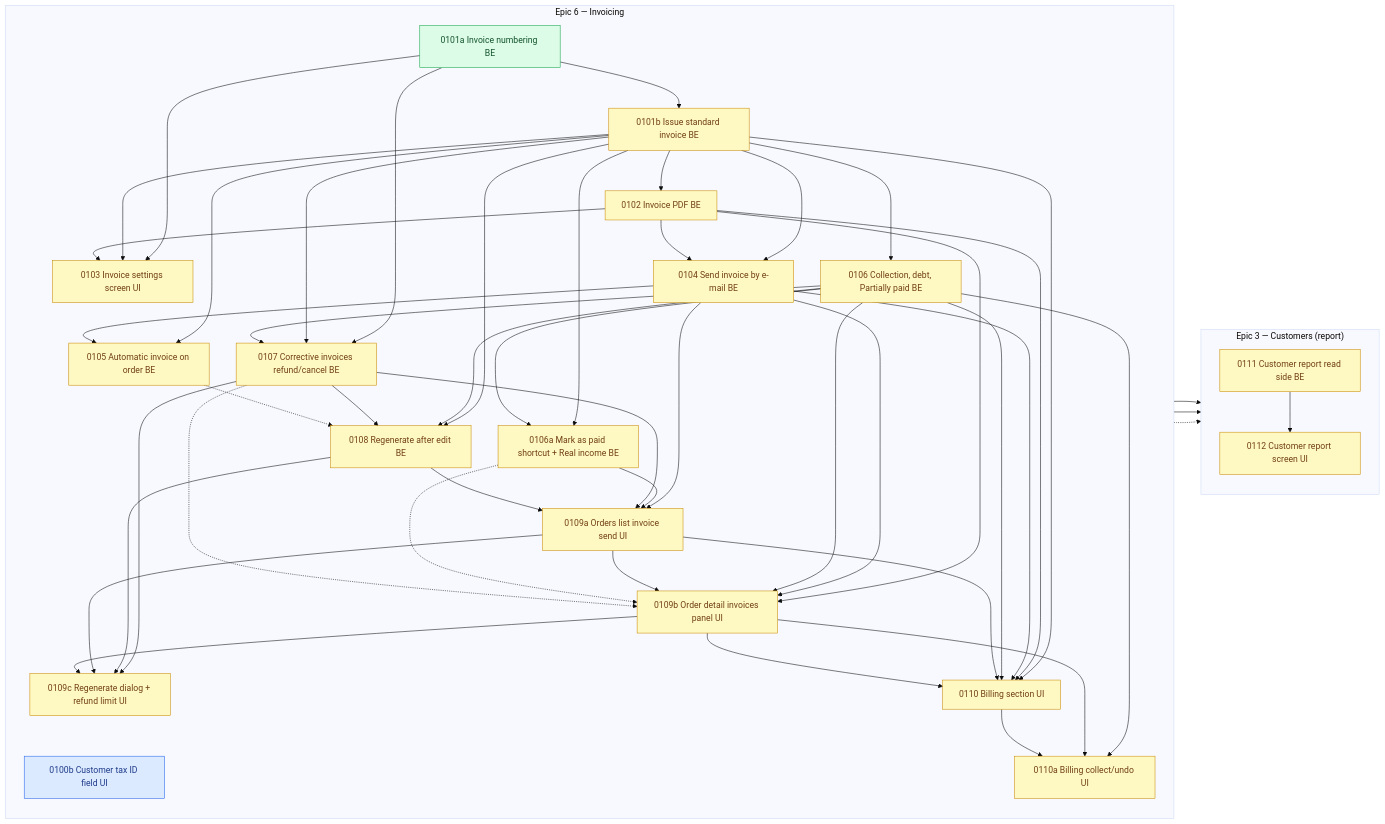
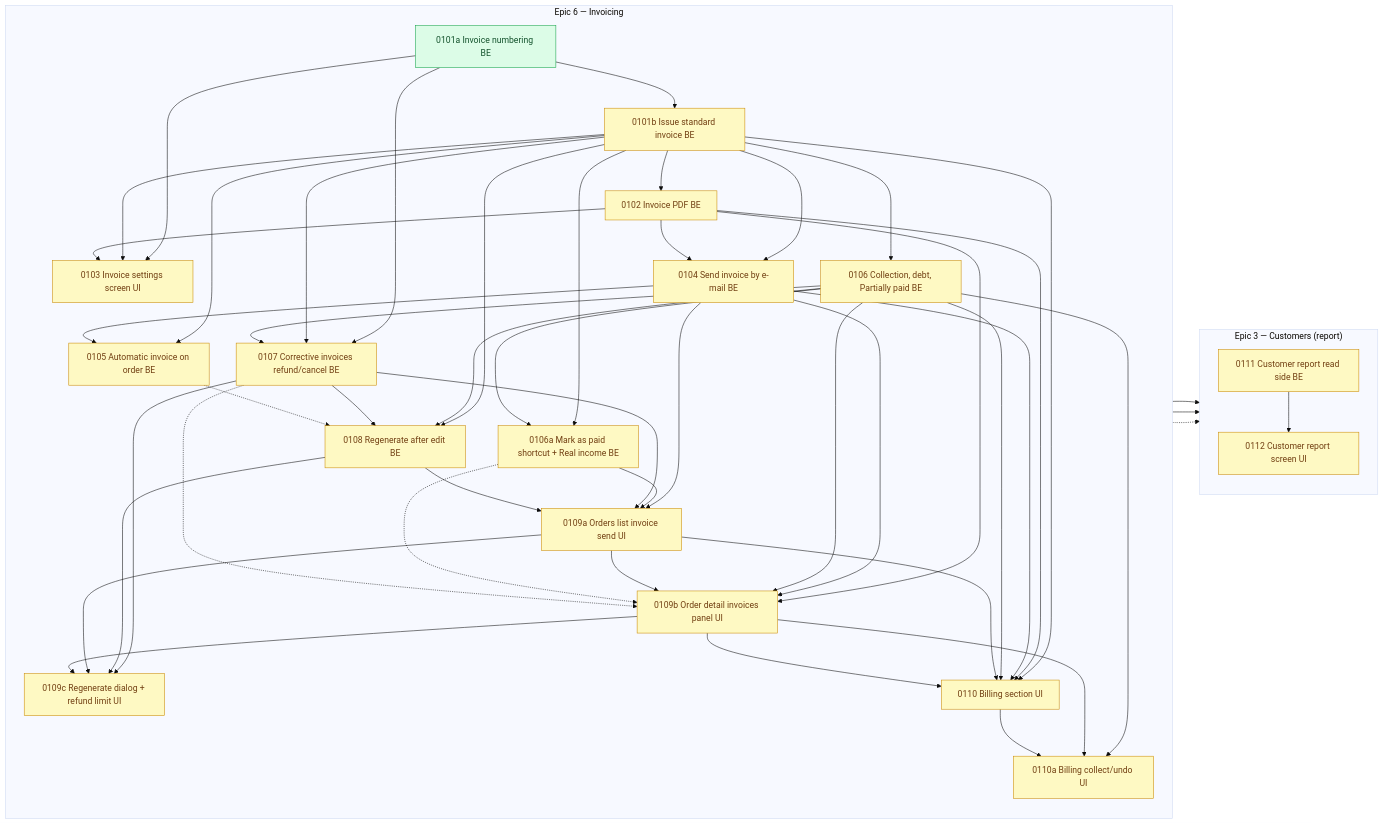
The diagram in arospe/ai-spec/tasks-map.md (shojen/AI4Devs-finalproject), drawn with Mermaid (base theme) before and after one commit. The commit also changed other lines of this file and 4 other files, not shown here.

````diff
--- a/arospe/ai-spec/tasks-map.md
+++ b/arospe/ai-spec/tasks-map.md
@@ -747,7 +748,6 @@
     %% (P0071 --> P0073/P0075/P0079 dropped: 0071 closed to done/ 2026-10-07.)
     subgraph PEND_INVOICING["Epic 6 — Invoicing"]
         direction TB
-        P0100b["0100b Customer tax ID field UI"]
         P0101a["0101a Invoice numbering BE"]
         P0101b["0101b Issue standard invoice BE"]
         P0102["0102 Invoice PDF BE"]
@@ -819,6 +819,5 @@
     P0107 -.-> P0109b
     %% Shared-file risk with the stock dialogs (no dependency): see the update note at the top.
     class P0101a ready;
-    class P0100b claimed;
     class P0101b,P0102,P0103,P0104,P0105,P0106,P0106a,P0107,P0108,P0109a,P0109b,P0109c,P0110,P0110a,P0111,P0112 pending;
 ```
````
